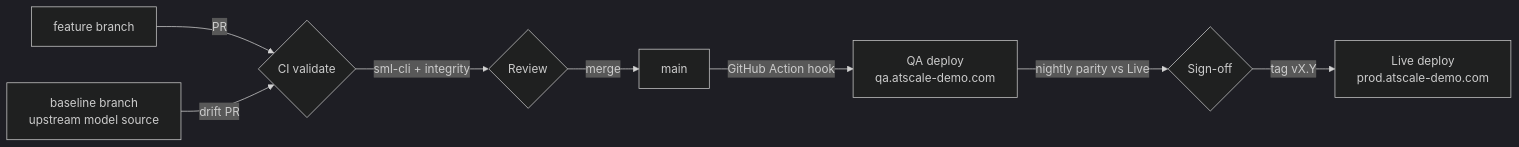
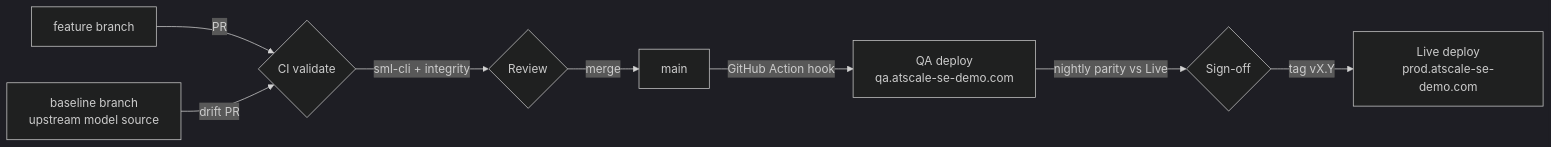
Before and after one commit to muellermarco/sml-cicd-demo: the diagram in docs/CICD_PROCESS.md, drawn with Mermaid (dark theme). The commit also changed other lines of this file and 5 other files, not shown here.

First line of the commit message:
chore: default domain is atscale-se-demo.com everywhere (#11)

````diff
--- a/docs/CICD_PROCESS.md
+++ b/docs/CICD_PROCESS.md
@@ -9,10 +9,10 @@
 ```mermaid
 flowchart LR
     DEV[feature branch] -->|PR| CI{CI validate}
     CI -->|sml-cli + integrity| REV{Review}
     REV -->|merge| MAIN[main]
-    MAIN -->|GitHub Action hook| QA[QA deploy\nqa.atscale-demo.com]
+    MAIN -->|GitHub Action hook| QA[QA deploy\nqa.atscale-se-demo.com]
     QA -->|nightly parity vs Live| SIGN{Sign-off}
-    SIGN -->|tag vX.Y| LIVE[Live deploy\nprod.atscale-demo.com]
+    SIGN -->|tag vX.Y| LIVE[Live deploy\nprod.atscale-se-demo.com]
     BASE[baseline branch\nupstream model source] -->|drift PR| CI
 ```
````
